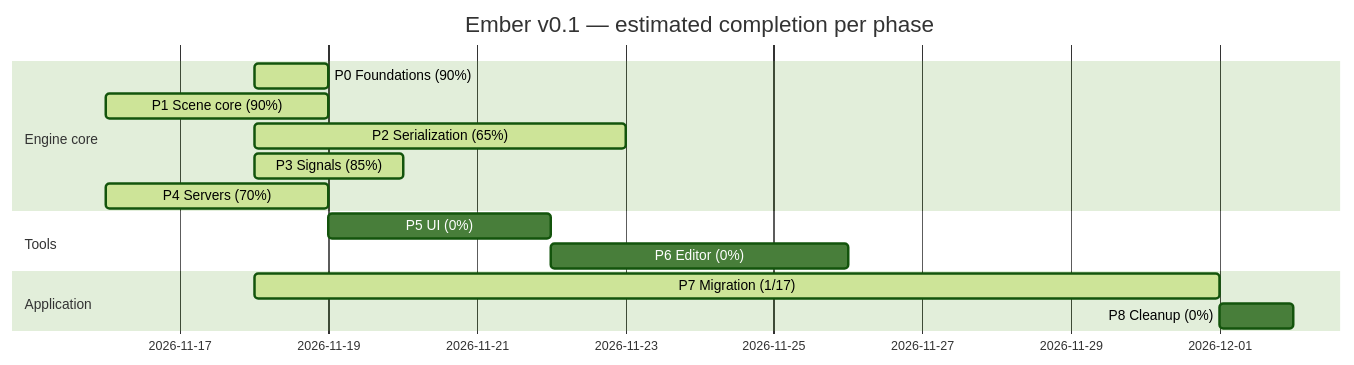
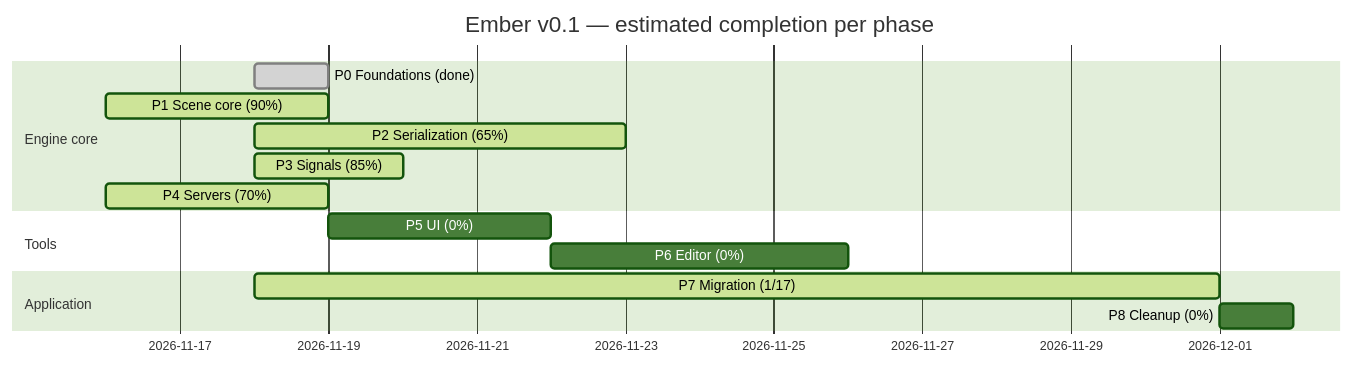
Before and after one commit to titouanthd/ember: the diagram in ember-vault/60 Progress/Roadmap Tracker.md, drawn with Mermaid (forest theme). The commit also changed other lines of this file and 6 other files, not shown here.

First line of the commit message:
doc(vault-roadmap): Close Phase 0

````diff
--- a/ember-vault/60 Progress/Roadmap Tracker.md
+++ b/ember-vault/60 Progress/Roadmap Tracker.md
@@ -11,17 +11,17 @@
 ```mermaid
 gantt
   dateFormat YYYY-MM-DD
   title Ember v0.1 — estimated completion per phase
   section Engine core
-  P0 Foundations (90%)   :active, p0, 2026-11-18, 1d
+  P0 Foundations (done)  :done, p0, 2026-11-18, 1d
   P1 Scene core (90%)    :active, p1, 2026-11-16, 3d
   P2 Serialization (65%) :active, p2, 2026-11-18, 5d
   P3 Signals (85%)       :active, p3, 2026-11-18, 2d
   P4 Servers (70%)       :active, p4, 2026-11-16, 3d
   section Tools
   P5 UI (0%)             :p5, after p4, 3d
   P6 Editor (0%)         :p6, after p5, 4d
   section Application
   P7 Migration (1/17)    :active, p7, 2026-11-18, 13d
   P8 Cleanup (0%)        :p8, after p7, 1d
 ```
````
